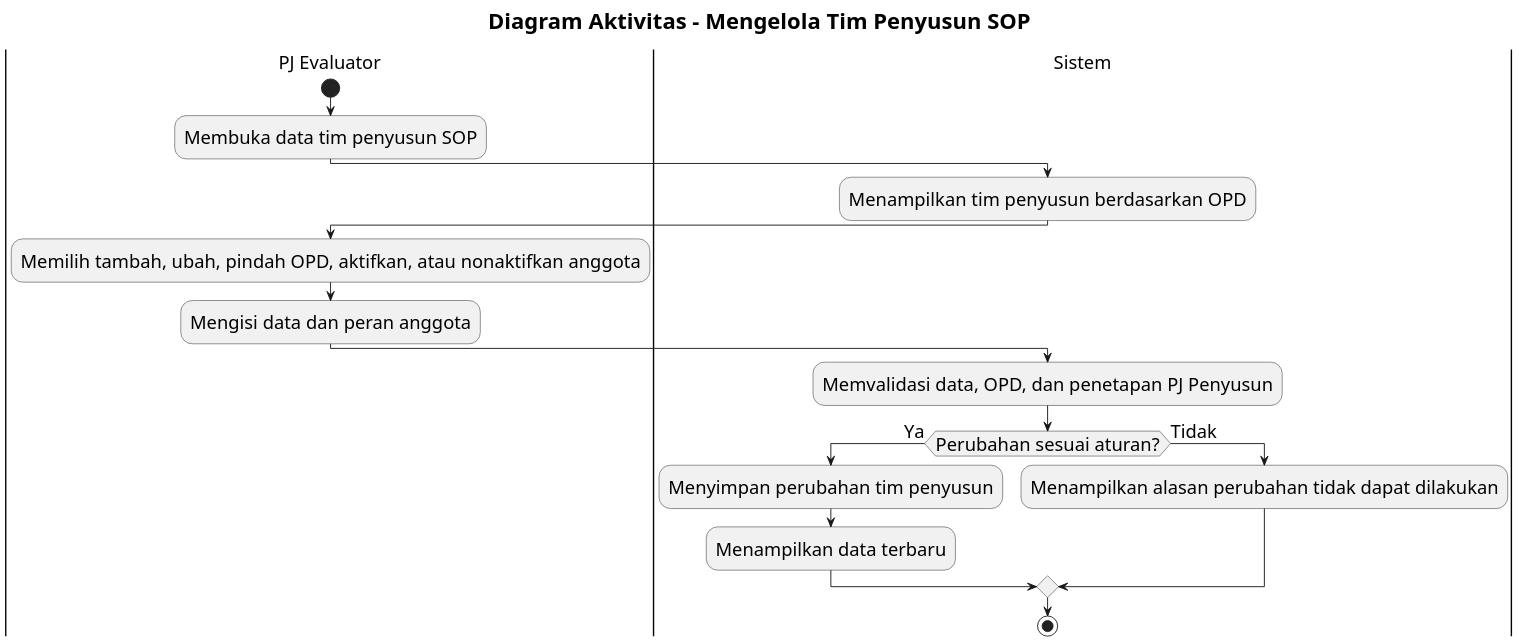
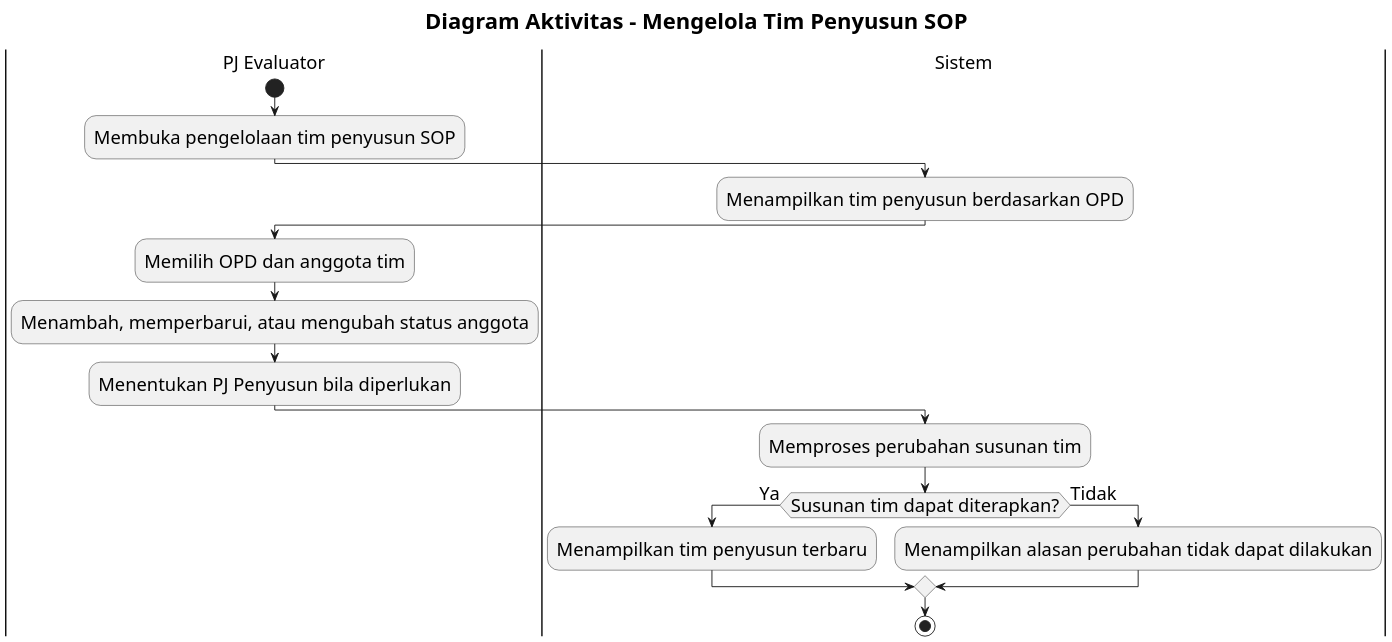
The diagram in docs/activity-diagram/lampiran/pj-evaluator-mengelola-tim-penyusun-sop.md (howlil/sop-generate-app), drawn with PlantUML before and after one commit. The commit also changed other lines of this file and 20 other files, not shown here.

Commit message:
docs(activity): simplify flows to business-level design

````diff
--- a/docs/activity-diagram/lampiran/pj-evaluator-mengelola-tim-penyusun-sop.md
+++ b/docs/activity-diagram/lampiran/pj-evaluator-mengelola-tim-penyusun-sop.md
@@ -16,33 +16,33 @@
 ```plantuml
 @startuml
 skinparam defaultFontSize 20
 skinparam titleFontSize 24
 skinparam dpi 160
 
 title Diagram Aktivitas - Mengelola Tim Penyusun SOP
 
 |PJ Evaluator|
 start
-:Membuka data tim penyusun SOP;
+:Membuka pengelolaan tim penyusun SOP;
 
 |Sistem|
 :Menampilkan tim penyusun berdasarkan OPD;
 
 |PJ Evaluator|
-:Memilih tambah, ubah, pindah OPD, aktifkan, atau nonaktifkan anggota;
-:Mengisi data dan peran anggota;
+:Memilih OPD dan anggota tim;
+:Menambah, memperbarui, atau mengubah status anggota;
+:Menentukan PJ Penyusun bila diperlukan;
 
 |Sistem|
-:Memvalidasi data, OPD, dan penetapan PJ Penyusun;
+:Memproses perubahan susunan tim;
 
-if (Perubahan sesuai aturan?) then (Ya)
-  :Menyimpan perubahan tim penyusun;
-  :Menampilkan data terbaru;
+if (Susunan tim dapat diterapkan?) then (Ya)
+  :Menampilkan tim penyusun terbaru;
 else (Tidak)
   :Menampilkan alasan perubahan tidak dapat dilakukan;
 endif
 
 stop
 
 @enduml
 ```
````
